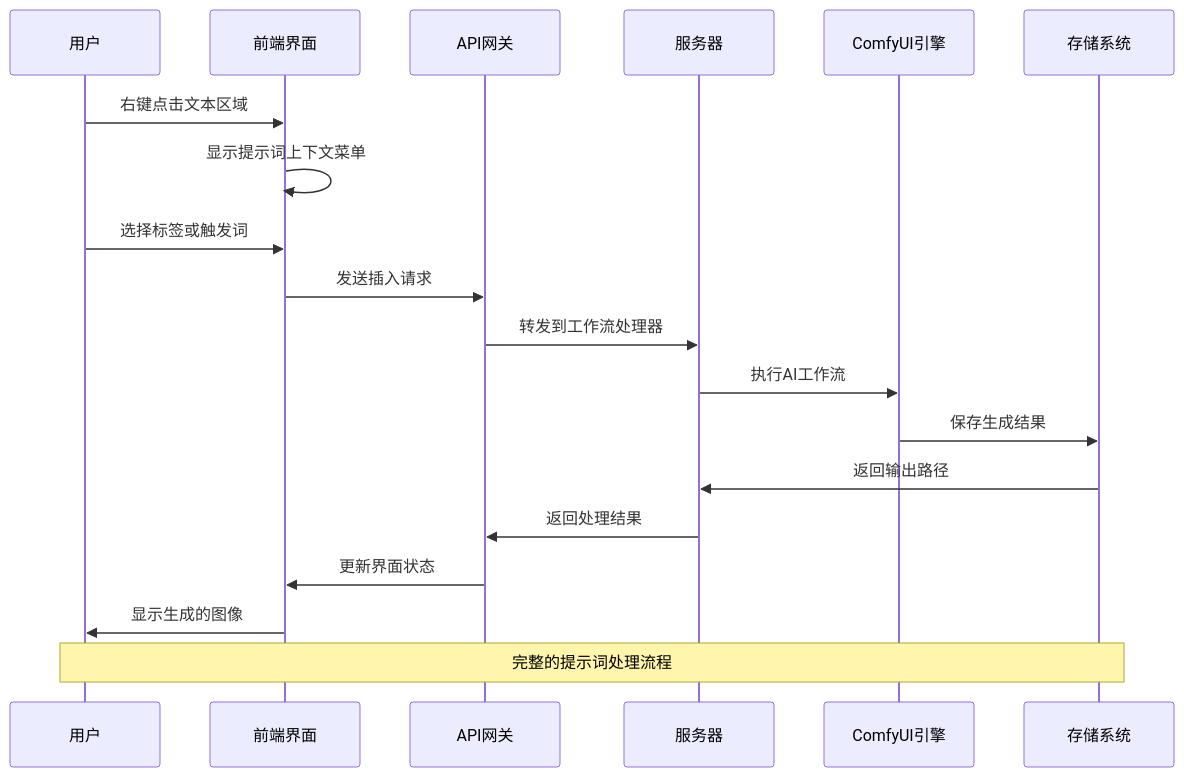
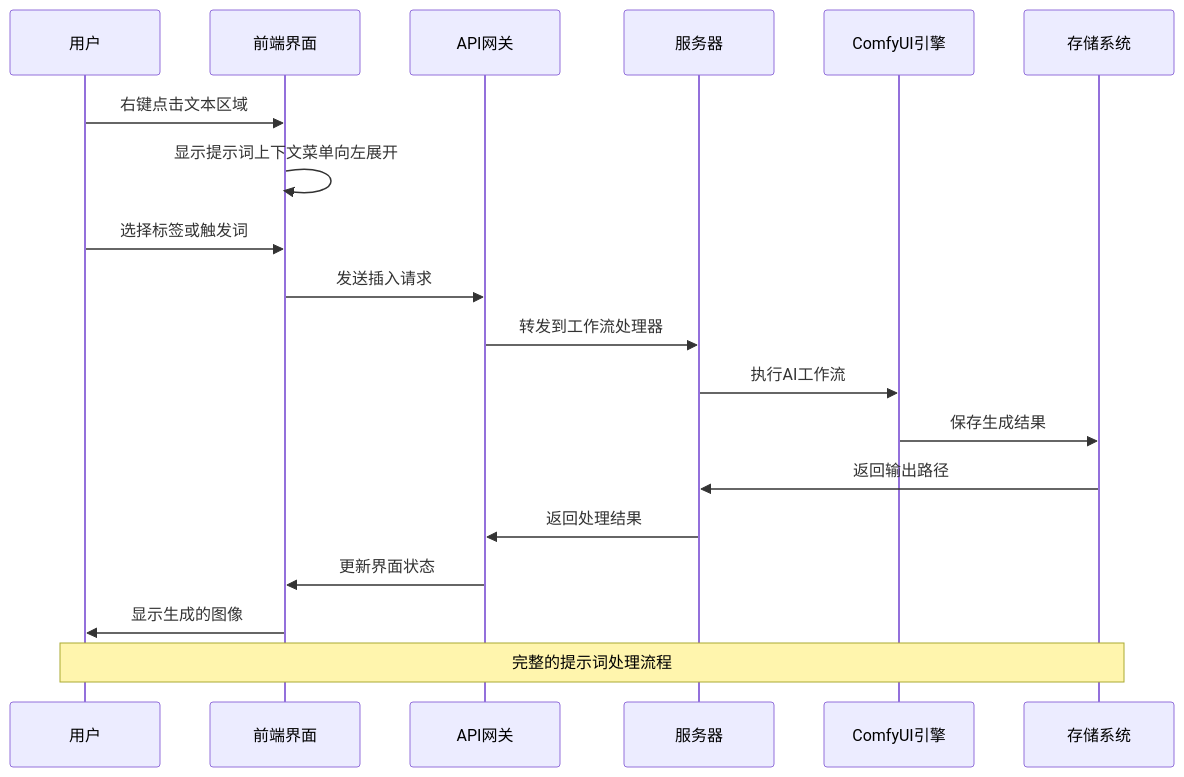
The second of 10 diagrams in .qoder/repowiki/zh/content/用户界面组件/提示词上下文菜单.md (billye220670/CorineKit_Pix2Real), drawn with Mermaid before and after one commit. The commit also changed other lines of this file and 5 other files, not shown here.

````diff
--- a/.qoder/repowiki/zh/content/用户界面组件/提示词上下文菜单.md
+++ b/.qoder/repowiki/zh/content/用户界面组件/提示词上下文菜单.md
@@ -109,21 +120,21 @@
 ```mermaid
 sequenceDiagram
 participant User as 用户
 participant UI as 前端界面
 participant API as API网关
 participant Server as 服务器
 participant Comfy as ComfyUI引擎
 participant Storage as 存储系统
 User->>UI : 右键点击文本区域
-UI->>UI : 显示提示词上下文菜单
+UI->>UI : 显示提示词上下文菜单向左展开
 User->>UI : 选择标签或触发词
 UI->>API : 发送插入请求
 API->>Server : 转发到工作流处理器
 Server->>Comfy : 执行AI工作流
 Comfy->>Storage : 保存生成结果
 Storage->>Server : 返回输出路径
 Server->>API : 返回处理结果
 API->>UI : 更新界面状态
 UI->>User : 显示生成的图像
 Note over User,Storage : 完整的提示词处理流程
 ```
````
